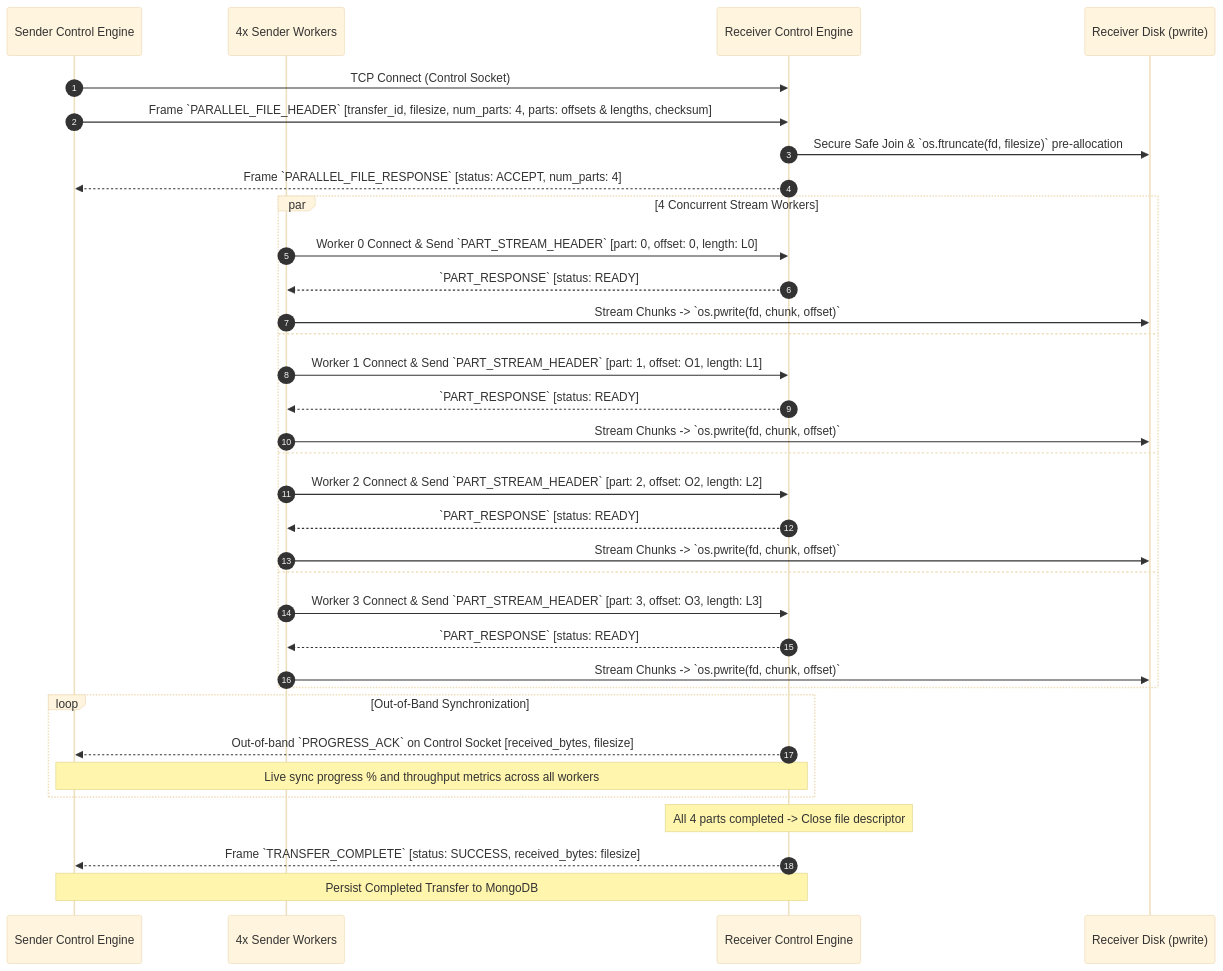
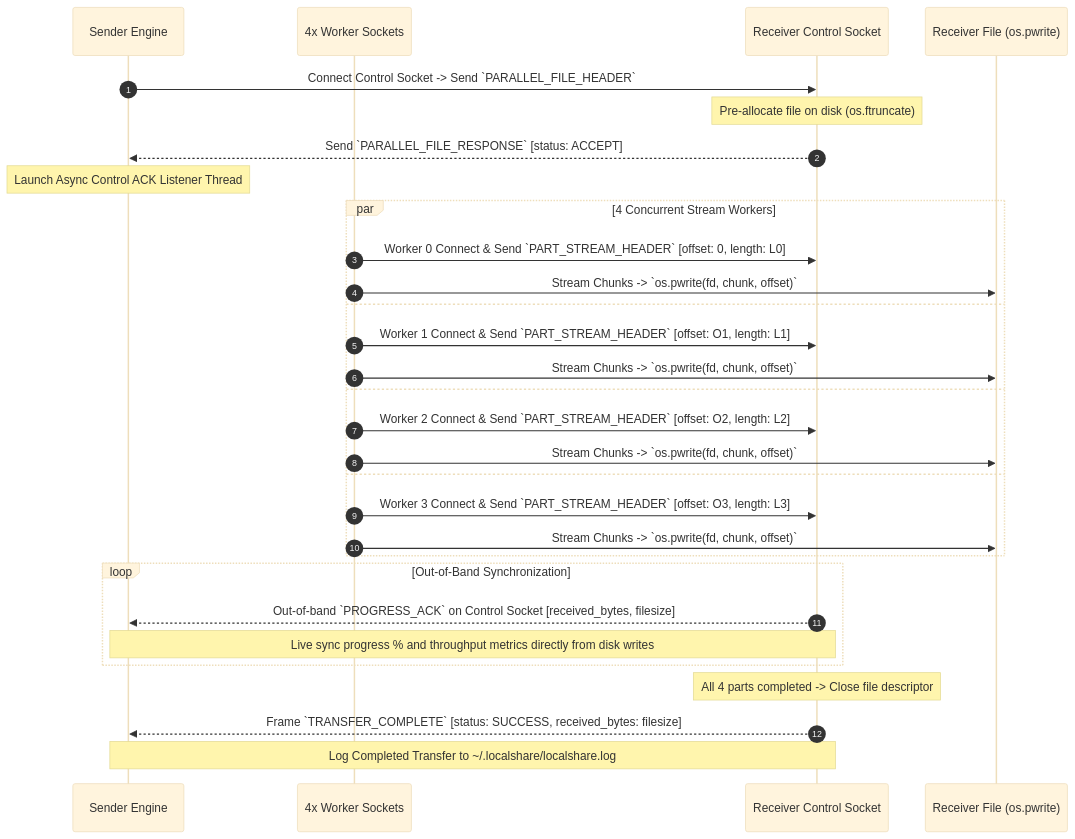
Before and after one commit to krishnakanthpathi/localshare: the third of 4 diagrams in README.md, drawn with Mermaid (base theme). The commit also changed other lines of this file and 20 other files, not shown here.

````diff
--- a/README.md
+++ b/README.md
@@ -222,40 +127,36 @@
 ```mermaid
 sequenceDiagram
     autonumber
-    participant Client as Sender Control Engine
-    participant Workers as 4x Sender Workers
-    participant Server as Receiver Control Engine
-    participant TargetFile as Receiver Disk (pwrite)
+    participant Client as Sender Engine
+    participant Workers as 4x Worker Sockets
+    participant Server as Receiver Control Socket
+    participant TargetFile as Receiver File (os.pwrite)
 
-    Client->>Server: TCP Connect (Control Socket)
-    Client->>Server: Frame `PARALLEL_FILE_HEADER` [transfer_id, filesize, num_parts: 4, parts: offsets & lengths, checksum]
-    Server->>TargetFile: Secure Safe Join & `os.ftruncate(fd, filesize)` pre-allocation
-    Server-->>Client: Frame `PARALLEL_FILE_RESPONSE` [status: ACCEPT, num_parts: 4]
+    Client->>Server: Connect Control Socket -> Send `PARALLEL_FILE_HEADER`
+    Note over Server: Pre-allocate file on disk (os.ftruncate)
+    Server-->>Client: Send `PARALLEL_FILE_RESPONSE` [status: ACCEPT]
+    Note over Client: Launch Async Control ACK Listener Thread
 
     par 4 Concurrent Stream Workers
-        Workers->>Server: Worker 0 Connect & Send `PART_STREAM_HEADER` [part: 0, offset: 0, length: L0]
-        Server-->>Workers: `PART_RESPONSE` [status: READY]
+        Workers->>Server: Worker 0 Connect & Send `PART_STREAM_HEADER` [offset: 0, length: L0]
         Workers->>TargetFile: Stream Chunks -> `os.pwrite(fd, chunk, offset)`
     and
-        Workers->>Server: Worker 1 Connect & Send `PART_STREAM_HEADER` [part: 1, offset: O1, length: L1]
-        Server-->>Workers: `PART_RESPONSE` [status: READY]
+        Workers->>Server: Worker 1 Connect & Send `PART_STREAM_HEADER` [offset: O1, length: L1]
         Workers->>TargetFile: Stream Chunks -> `os.pwrite(fd, chunk, offset)`
     and
-        Workers->>Server: Worker 2 Connect & Send `PART_STREAM_HEADER` [part: 2, offset: O2, length: L2]
-        Server-->>Workers: `PART_RESPONSE` [status: READY]
+        Workers->>Server: Worker 2 Connect & Send `PART_STREAM_HEADER` [offset: O2, length: L2]
         Workers->>TargetFile: Stream Chunks -> `os.pwrite(fd, chunk, offset)`
     and
-        Workers->>Server: Worker 3 Connect & Send `PART_STREAM_HEADER` [part: 3, offset: O3, length: L3]
-        Server-->>Workers: `PART_RESPONSE` [status: READY]
+        Workers->>Server: Worker 3 Connect & Send `PART_STREAM_HEADER` [offset: O3, length: L3]
         Workers->>TargetFile: Stream Chunks -> `os.pwrite(fd, chunk, offset)`
     end
 
     loop Out-of-Band Synchronization
         Server-->>Client: Out-of-band `PROGRESS_ACK` on Control Socket [received_bytes, filesize]
-        Note over Client,Server: Live sync progress % and throughput metrics across all workers
+        Note over Client,Server: Live sync progress % and throughput metrics directly from disk writes
     end
 
     Note over Server: All 4 parts completed -> Close file descriptor
     Server-->>Client: Frame `TRANSFER_COMPLETE` [status: SUCCESS, received_bytes: filesize]
-    Note over Client,Server: Persist Completed Transfer to MongoDB
+    Note over Client,Server: Log Completed Transfer to ~/.localshare/localshare.log
 ```
````
